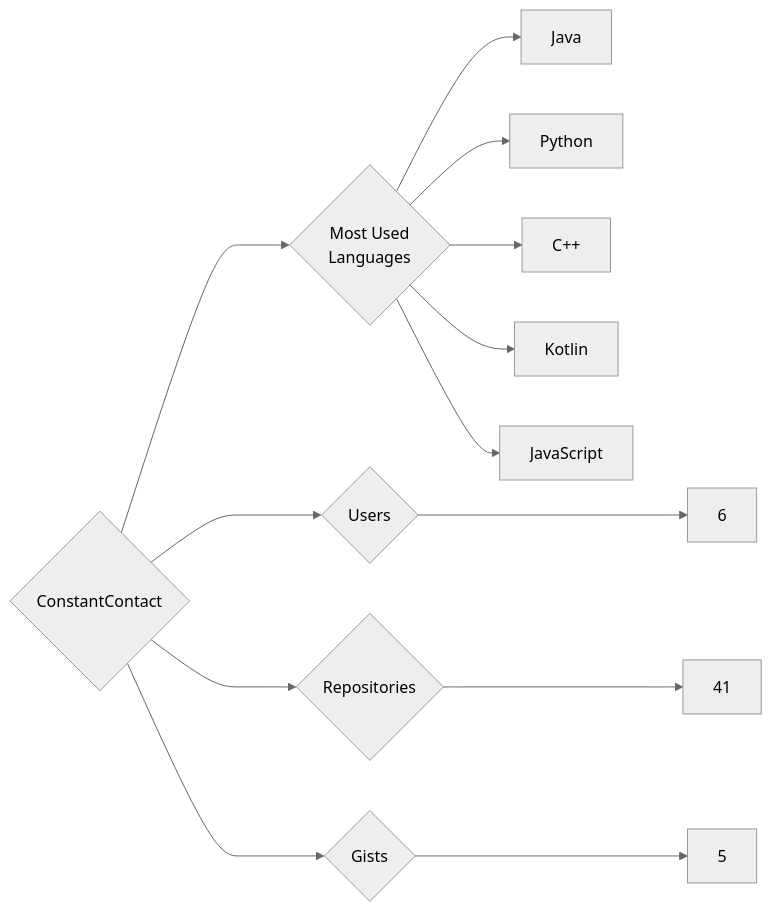
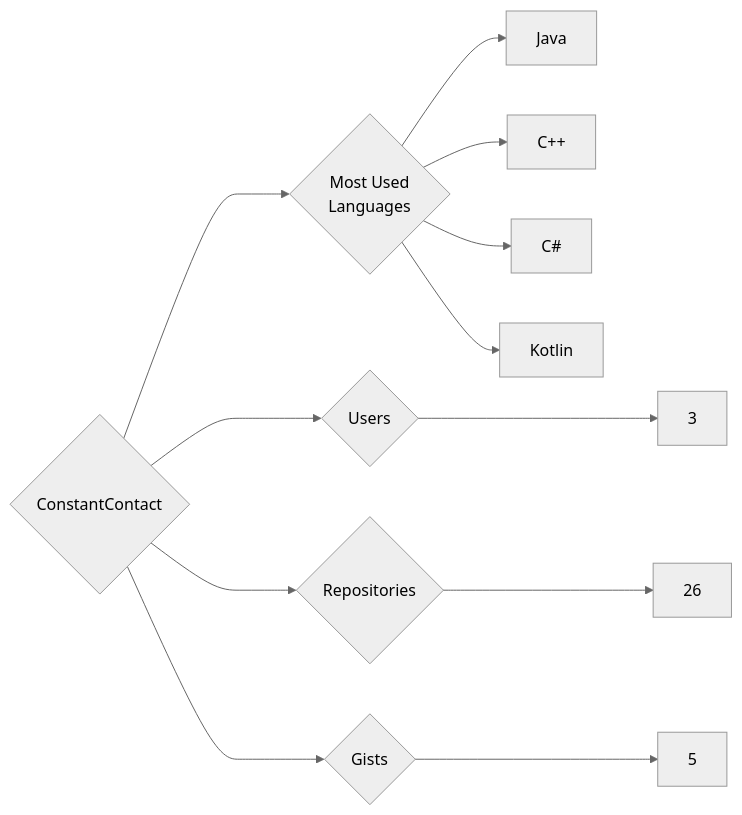
The diagram in targets/ConstantContact/README.md (trickest/insiders), drawn with Mermaid (neutral theme) before and after one commit. The commit also changed 1036 other files, not shown here.

````diff
--- a/targets/ConstantContact/README.md
+++ b/targets/ConstantContact/README.md
@@ -3,13 +3,12 @@
 ```mermaid
 graph LR
 COMPANY_NAME{ConstantContact}
-COMPANY_NAME ---> U{Users} ---> UN[6]
-COMPANY_NAME ---> R{Repositories} ---> RN[41]
+COMPANY_NAME ---> U{Users} ---> UN[3]
+COMPANY_NAME ---> R{Repositories} ---> RN[26]
 COMPANY_NAME ---> G{Gists} ---> GN[5]
 COMPANY_NAME ---> ML{Most Used<br>Languages}
 ML --> Java[Java]
-ML --> Python[Python]
 ML --> C++[C++]
+ML --> C#[C#]
 ML --> Kotlin[Kotlin]
-ML --> JavaScript[JavaScript]
 ```
````
